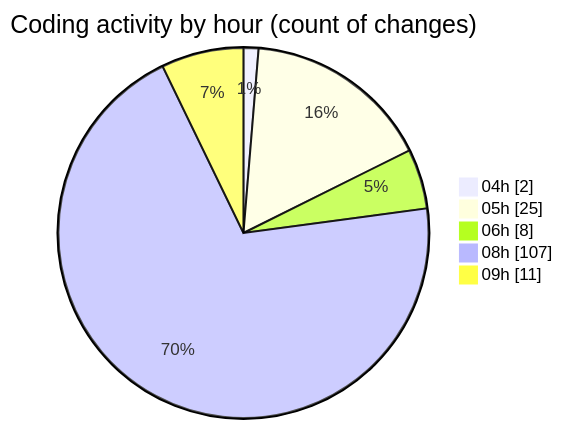
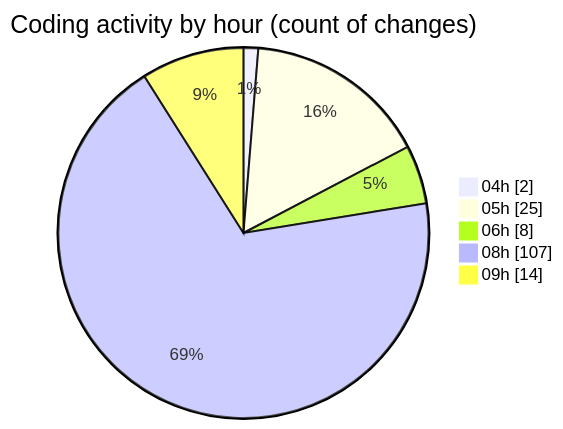
Before and after one commit to 3Nya3/code-tracking: the second of 2 diagrams in 2024-12-31/nyah/README.md, drawn with Mermaid. The commit also changed other lines of this file and 1 other file, not shown here.

````diff
--- a/2024-12-31/nyah/README.md
+++ b/2024-12-31/nyah/README.md
@@ -33,9 +33,9 @@
 ```mermaid
 pie showData
 title Coding activity by hour (count of changes)
 "04h" : 2
 "05h" : 25
 "06h" : 8
 "08h" : 107
-"09h" : 11
+"09h" : 14
 ```
````
